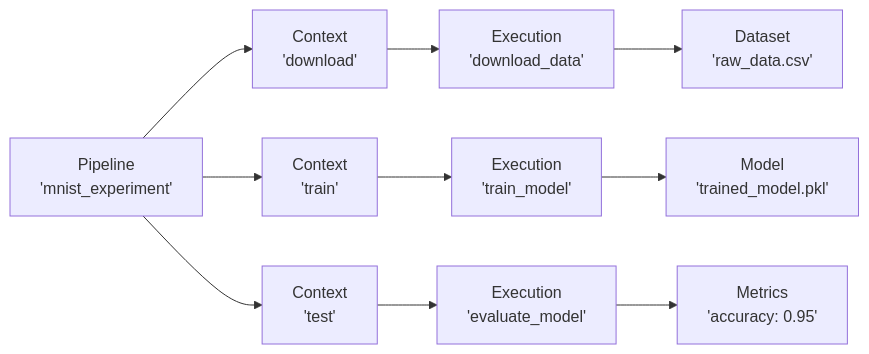
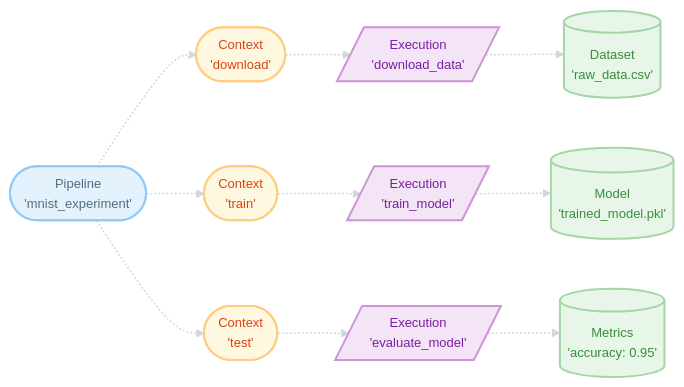
Before and after one commit to HewlettPackard/cmf: the diagram in docs/index.md, drawn with Mermaid. The commit also changed other lines of this file and 4 other files, not shown here.

````diff
--- a/docs/index.md
+++ b/docs/index.md
@@ -35,14 +37,41 @@
 ```mermaid
-graph LR
-    PIPELINE["Pipeline<br/>'mnist_experiment'"] --> CONTEXT1["Context<br/>'download'"]
-    PIPELINE --> CONTEXT2["Context<br/>'train'"]
-    PIPELINE --> CONTEXT3["Context<br/>'test'"]
+%%{init: {'theme':'base', 'themeVariables': { 'primaryColor':'#e3f2fd','primaryTextColor':'#546e7a','primaryBorderColor':'#90caf9','lineColor':'#cfd8dc','secondaryColor':'#f3e5f5','tertiaryColor':'#e8f5e9','fontSize':'13px','fontFamily':'system-ui, -apple-system, sans-serif'}}}%%
+flowchart LR
+    PIPELINE([Pipeline<br/>'mnist_experiment'])
+    CONTEXT1([Context<br/>'download'])
+    CONTEXT2([Context<br/>'train'])
+    CONTEXT3([Context<br/>'test'])
+    
+    EXEC1[/Execution<br/>'download_data'/]
+    EXEC2[/Execution<br/>'train_model'/]
+    EXEC3[/Execution<br/>'evaluate_model'/]
+    
+    DATASET1[(Dataset<br/>'raw_data.csv')]
+    MODEL1[(Model<br/>'trained_model.pkl')]
+    METRICS1[(Metrics<br/>'accuracy: 0.95')]
 
-    CONTEXT1 --> EXEC1["Execution<br/>'download_data'"]
-    CONTEXT2 --> EXEC2["Execution<br/>'train_model'"]
-    CONTEXT3 --> EXEC3["Execution<br/>'evaluate_model'"]
+    PIPELINE -.-> CONTEXT1
+    PIPELINE -.-> CONTEXT2
+    PIPELINE -.-> CONTEXT3
 
-    EXEC1 --> DATASET1["Dataset<br/>'raw_data.csv'"]
-    EXEC2 --> MODEL1["Model<br/>'trained_model.pkl'"]
-    EXEC3 --> METRICS1["Metrics<br/>'accuracy: 0.95'"]
+    CONTEXT1 -.-> EXEC1
+    CONTEXT2 -.-> EXEC2
+    CONTEXT3 -.-> EXEC3
+
+    EXEC1 -.-> DATASET1
+    EXEC2 -.-> MODEL1
+    EXEC3 -.-> METRICS1
+    
+    style PIPELINE fill:#e3f2fd,stroke:#90caf9,stroke-width:2px,color:#546e7a
+    style CONTEXT1 fill:#fff8e1,stroke:#ffcc80,stroke-width:2px,color:#d84315
+    style CONTEXT2 fill:#fff8e1,stroke:#ffcc80,stroke-width:2px,color:#d84315
+    style CONTEXT3 fill:#fff8e1,stroke:#ffcc80,stroke-width:2px,color:#d84315
+    style EXEC1 fill:#f3e5f5,stroke:#ce93d8,stroke-width:2px,color:#7b1fa2
+    style EXEC2 fill:#f3e5f5,stroke:#ce93d8,stroke-width:2px,color:#7b1fa2
+    style EXEC3 fill:#f3e5f5,stroke:#ce93d8,stroke-width:2px,color:#7b1fa2
+    style DATASET1 fill:#e8f5e9,stroke:#a5d6a7,stroke-width:2px,color:#388e3c
+    style MODEL1 fill:#e8f5e9,stroke:#a5d6a7,stroke-width:2px,color:#388e3c
+    style METRICS1 fill:#e8f5e9,stroke:#a5d6a7,stroke-width:2px,color:#388e3c
+    
+    linkStyle default stroke:#cfd8dc,stroke-width:1.5px,color:#cfd8dc,fill:none
 ```
````
